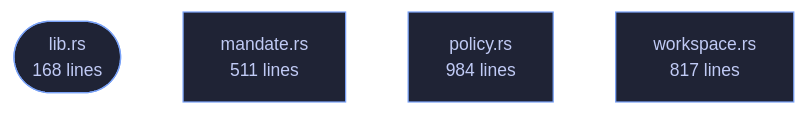
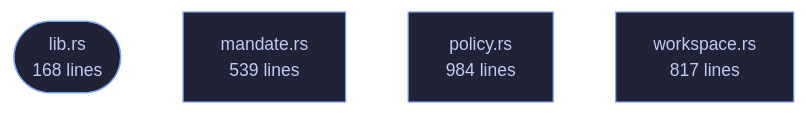
One commit to tilas01/veilvoice changed the diagram in wiki/Crate-veilvoice-policy.md. Above: the diagram before and after it, drawn with Mermaid. The commit also changed other lines of this file and 53 other files, not shown here.

````diff
--- a/wiki/Crate-veilvoice-policy.md
+++ b/wiki/Crate-veilvoice-policy.md
@@ -91,12 +91,12 @@
 ```mermaid
 %%{init: {"theme":"base","themeVariables":{"background":"#1a1b26","primaryColor":"#1f2335","primaryTextColor":"#c0caf5","primaryBorderColor":"#7aa2f7","secondaryColor":"#16161e","tertiaryColor":"#16161e","lineColor":"#737aa2","textColor":"#c0caf5","mainBkg":"#1f2335","nodeBorder":"#7aa2f7","clusterBkg":"#16161e","clusterBorder":"#2f3549","fontFamily":"ui-monospace, SFMono-Regular, Consolas, monospace","fontSize":"14px"}}}%%
 flowchart TD
     n_lib(["lib.rs<br/>168 lines"])
-    n_mandate["mandate.rs<br/>511 lines"]
+    n_mandate["mandate.rs<br/>539 lines"]
     n_policy["policy.rs<br/>984 lines"]
     n_workspace["workspace.rs<br/>817 lines"]
     click n_lib href "https://github.com/tilas01/veilvoice/blob/main/crates/veilvoice-policy/src/lib.rs" "open the source"
     click n_mandate href "https://github.com/tilas01/veilvoice/blob/main/crates/veilvoice-policy/src/mandate.rs" "open the source"
     click n_policy href "https://github.com/tilas01/veilvoice/blob/main/crates/veilvoice-policy/src/policy.rs" "open the source"
     click n_workspace href "https://github.com/tilas01/veilvoice/blob/main/crates/veilvoice-policy/src/workspace.rs" "open the source"
 ```
````
